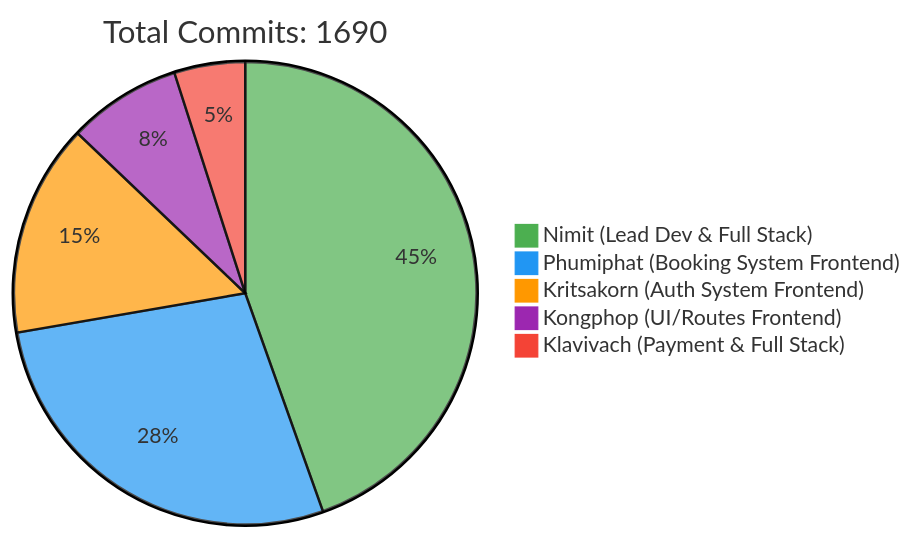
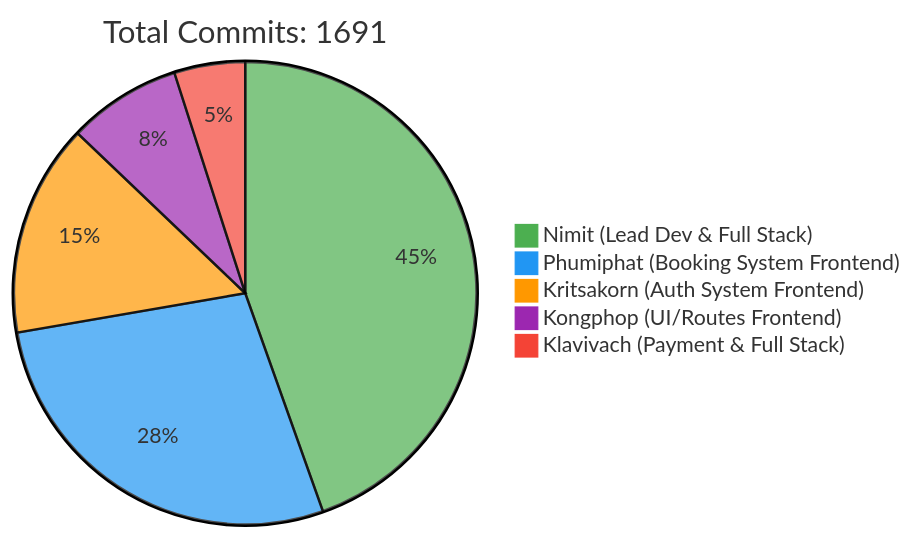
One commit to 6531503042/Sport-Complex changed the first of 2 diagrams in README.md. Above: the diagram before and after it, drawn with Mermaid. The commit also changed other lines of this file, not shown here.

Commit message:
docs: Update contributor statistics [skip ci]

````diff
--- a/README.md
+++ b/README.md
@@ -257,10 +257,10 @@
 ```mermaid
 %%{init: {'theme': 'base', 'themeVariables': { 'pie1': '#4CAF50', 'pie2': '#2196F3', 'pie3': '#FF9800', 'pie4': '#9C27B0', 'pie5': '#F44336'}}}%%
 pie
-    title Total Commits: 1690
+    title Total Commits: 1691
     "Nimit (Lead Dev & Full Stack)" : 450
     "Phumiphat (Booking System Frontend)" : 280
     "Kritsakorn (Auth System Frontend)" : 150
     "Kongphop (UI/Routes Frontend)" : 80
     "Klavivach (Payment & Full Stack)" : 50
 ```
````
